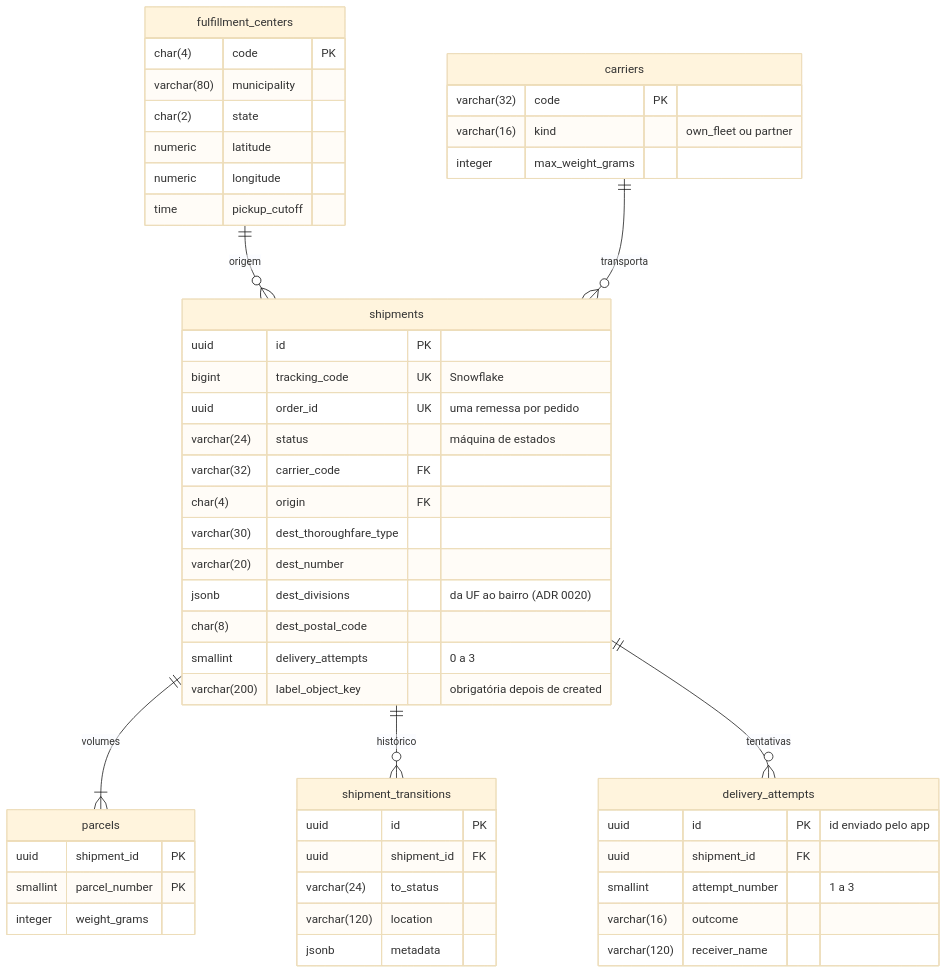
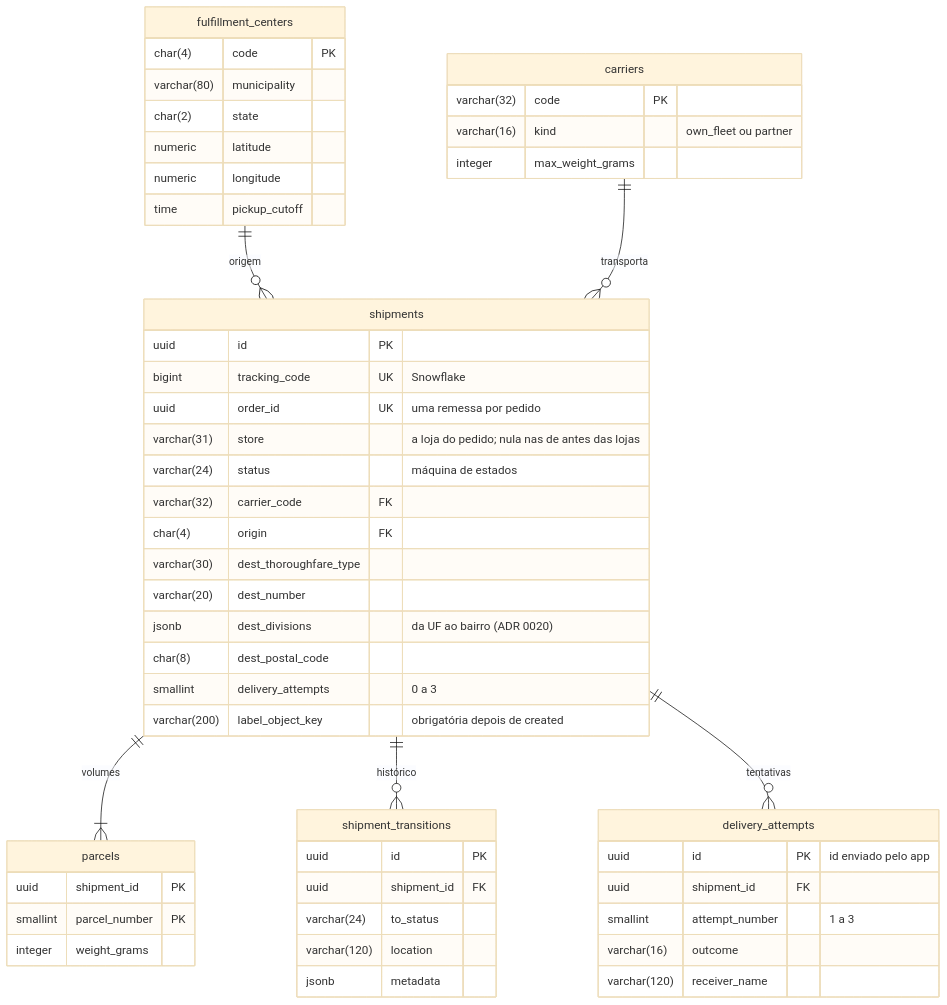
One commit to flaviotinococoutinho/Tucano_vibe_chaos changed the third of 3 diagrams in docs/architecture/data-model.md. Above: the diagram before and after it, drawn with Mermaid (base theme). The commit also changed other lines of this file and 16 other files, not shown here.

Commit message:
docs: the stores across the guide, the architecture and the readme, and adr 0032

````diff
--- a/docs/architecture/data-model.md
+++ b/docs/architecture/data-model.md
@@ -138,55 +149,56 @@
 ```mermaid
 erDiagram
   fulfillment_centers ||--o{ shipments : "origem"
   carriers ||--o{ shipments : "transporta"
   shipments ||--|{ parcels : "volumes"
   shipments ||--o{ shipment_transitions : "histórico"
   shipments ||--o{ delivery_attempts : "tentativas"
 
   fulfillment_centers {
     char(4) code PK
     varchar(80) municipality
     char(2) state
     numeric latitude
     numeric longitude
     time pickup_cutoff
   }
   carriers {
     varchar(32) code PK
     varchar(16) kind "own_fleet ou partner"
     integer max_weight_grams
   }
   shipments {
     uuid id PK
     bigint tracking_code UK "Snowflake"
     uuid order_id UK "uma remessa por pedido"
+    varchar(31) store "a loja do pedido; nula nas de antes das lojas"
     varchar(24) status "máquina de estados"
     varchar(32) carrier_code FK
     char(4) origin FK
     varchar(30) dest_thoroughfare_type
     varchar(20) dest_number
     jsonb dest_divisions "da UF ao bairro (ADR 0020)"
     char(8) dest_postal_code
     smallint delivery_attempts "0 a 3"
     varchar(200) label_object_key "obrigatória depois de created"
   }
   parcels {
     uuid shipment_id PK
     smallint parcel_number PK
     integer weight_grams
   }
   shipment_transitions {
     uuid id PK
     uuid shipment_id FK
     varchar(24) to_status
     varchar(120) location
     jsonb metadata
   }
   delivery_attempts {
     uuid id PK "id enviado pelo app"
     uuid shipment_id FK
     smallint attempt_number "1 a 3"
     varchar(16) outcome
     varchar(120) receiver_name
   }
 ```
````
